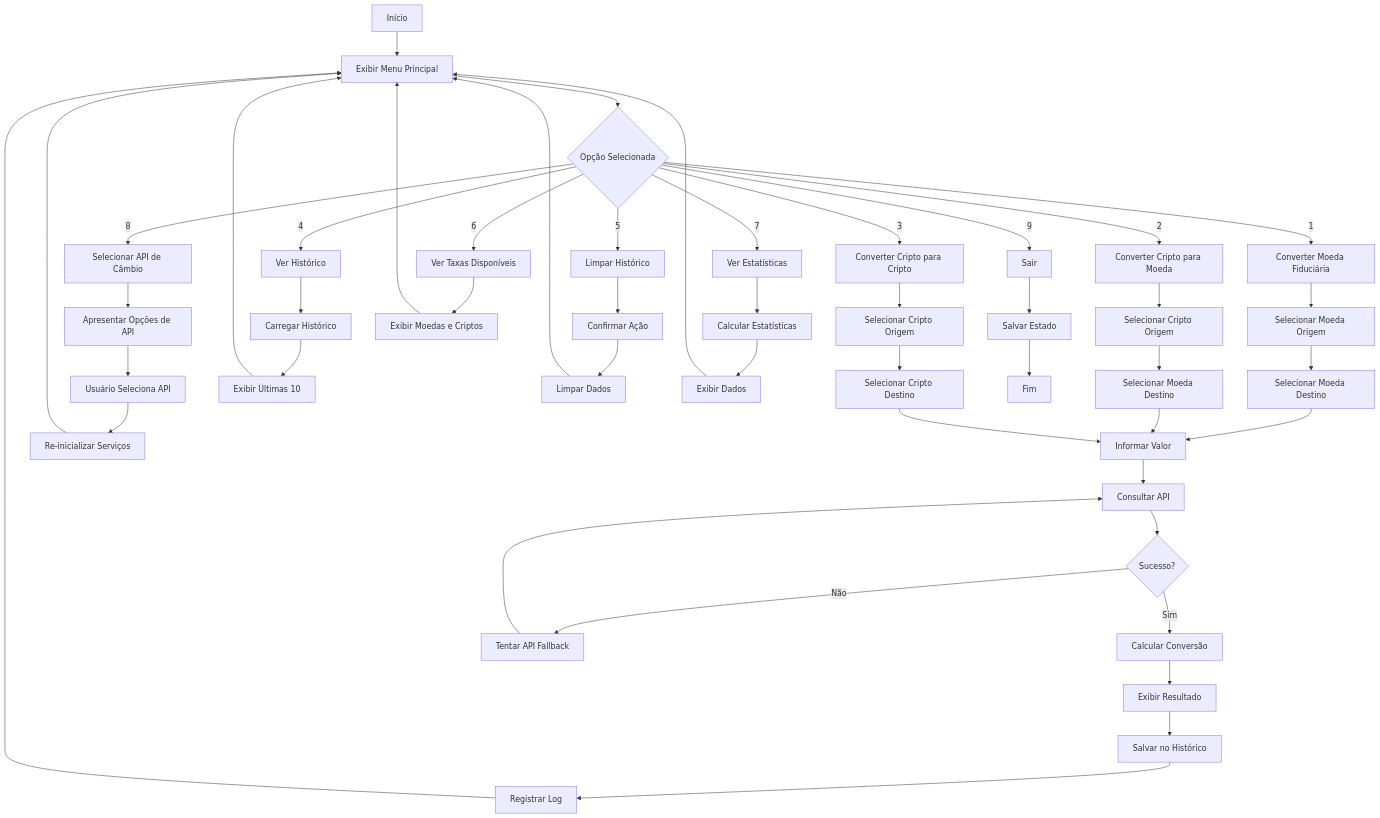
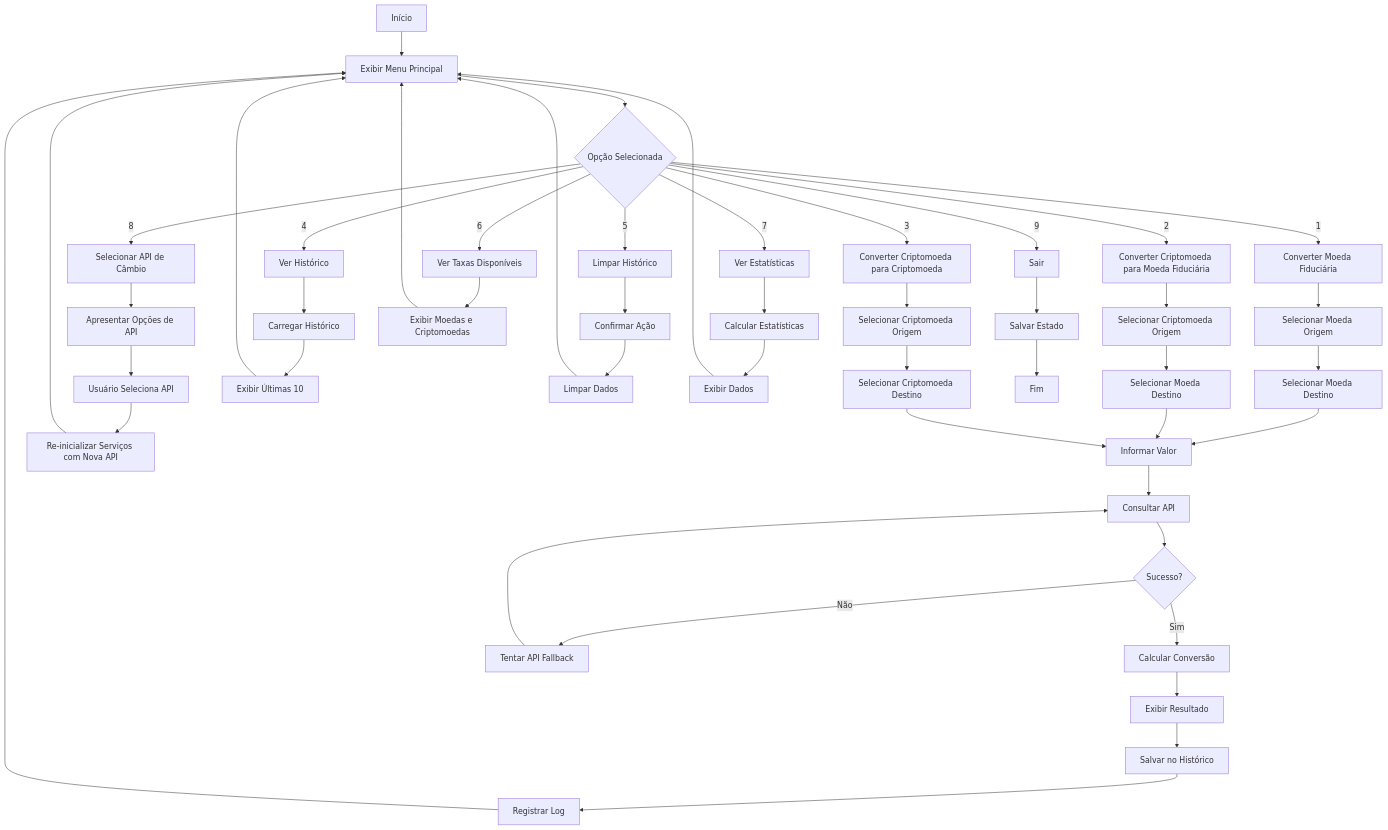
The first of 2 diagrams in README.md (DessimA/Conversor-de-Moedas), drawn with Mermaid before and after one commit. The commit also changed other lines of this file, not shown here.

````diff
--- a/README.md
+++ b/README.md
@@ -42,58 +42,58 @@
 ```mermaid
 flowchart TD
     A[Início] --> B[Exibir Menu Principal]
     B --> C{Opção Selecionada}
     C -->|1| D[Converter Moeda Fiduciária]
-    C -->|2| E[Converter Cripto para Moeda]
-    C -->|3| F[Converter Cripto para Cripto]
+    C -->|2| E[Converter Criptomoeda para Moeda Fiduciária]
+    C -->|3| F[Converter Criptomoeda para Criptomoeda]
     C -->|4| G[Ver Histórico]
     C -->|5| H[Limpar Histórico]
     C -->|6| I[Ver Taxas Disponíveis]
     C -->|7| J[Ver Estatísticas]
     C -->|8| K[Selecionar API de Câmbio]
     C -->|9| L[Sair]
 
     D --> M[Selecionar Moeda Origem]
     M --> N[Selecionar Moeda Destino]
     N --> O[Informar Valor]
     O --> P[Consultar API]
     P --> Q{Sucesso?}
     Q -->|Sim| R[Calcular Conversão]
     Q -->|Não| S[Tentar API Fallback]
     S --> P
     R --> T[Exibir Resultado]
     T --> U[Salvar no Histórico]
     U --> V[Registrar Log]
     V --> B
 
-    E --> W[Selecionar Cripto Origem]
+    E --> W[Selecionar Criptomoeda Origem]
     W --> X[Selecionar Moeda Destino]
     X --> O
 
-    F --> Y[Selecionar Cripto Origem]
-    Y --> Z[Selecionar Cripto Destino]
+    F --> Y[Selecionar Criptomoeda Origem]
+    Y --> Z[Selecionar Criptomoeda Destino]
     Z --> O
 
     G --> AA[Carregar Histórico]
     AA --> BB[Exibir Últimas 10]
     BB --> B
     
     H --> CC[Confirmar Ação]
     CC --> DD[Limpar Dados]
     DD --> B
     
-    I --> EE[Exibir Moedas e Criptos]
+    I --> EE[Exibir Moedas e Criptomoedas]
     EE --> B
     
     J --> FF[Calcular Estatísticas]
     FF --> GG[Exibir Dados]
     GG --> B
     
     K --> HH[Apresentar Opções de API]
     HH --> II[Usuário Seleciona API]
-    II --> JJ[Re-inicializar Serviços]
+    II --> JJ[Re-inicializar Serviços com Nova API]
     JJ --> B
     
     L --> KK[Salvar Estado]
     KK --> LL[Fim]
 ```
````
